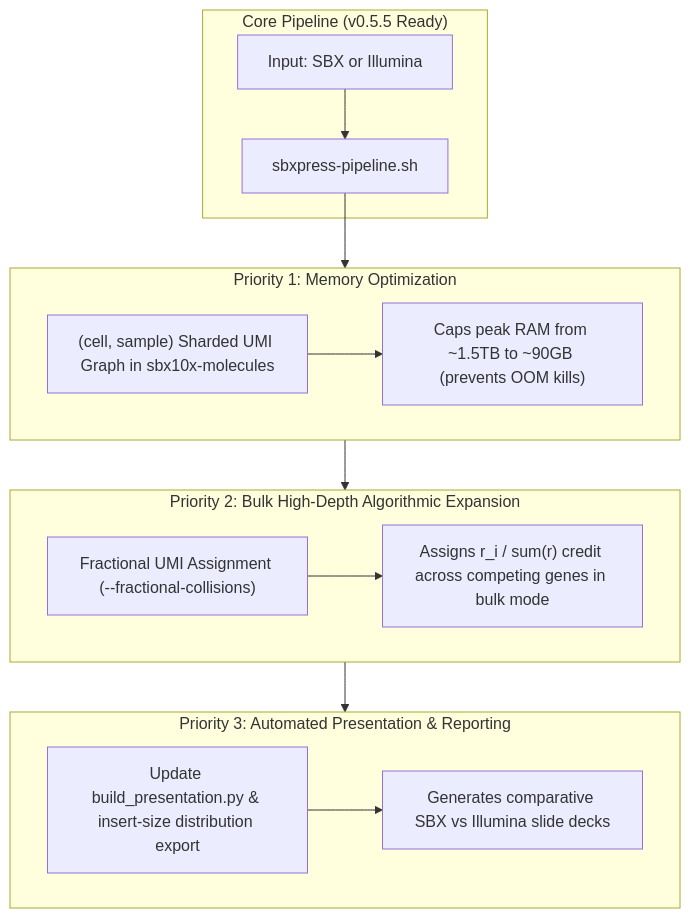
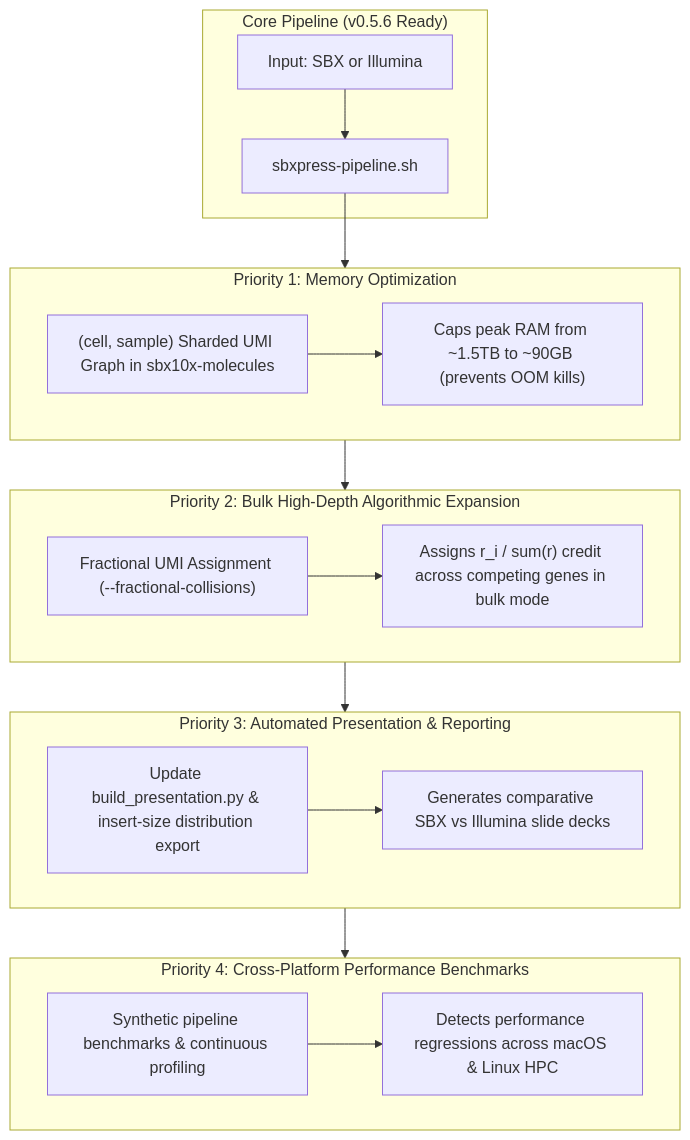
The diagram in FUTURE_ROADMAP.md (UCSF-Biochem-Center-for-Advanced-Tech/morselle), drawn with Mermaid before and after one commit. The commit also changed other lines of this file and 3 other files, not shown here.

Commit message:
docs: consolidate master roadmap and update historic plan status headers (v0.5.6)

````diff
--- a/FUTURE_ROADMAP.md
+++ b/FUTURE_ROADMAP.md
@@ -26,25 +27,31 @@
 ```mermaid
 flowchart TD
-    subgraph Core ["Core Pipeline (v0.5.5 Ready)"]
+    subgraph Core ["Core Pipeline (v0.5.6 Ready)"]
         INPUT["Input: SBX or Illumina"] --> ENGINE["sbxpress-pipeline.sh"]
     end
 
     subgraph Memory ["Priority 1: Memory Optimization"]
         M1["(cell, sample) Sharded UMI Graph in sbx10x-molecules"]
         M1 --> M1_OUT["Caps peak RAM from ~1.5TB to ~90GB (prevents OOM kills)"]
     end
 
     subgraph Algo ["Priority 2: Bulk High-Depth Algorithmic Expansion"]
         A1["Fractional UMI Assignment (--fractional-collisions)"]
         A1 --> A1_OUT["Assigns r_i / sum(r) credit across competing genes in bulk mode"]
     end
 
     subgraph Report ["Priority 3: Automated Presentation & Reporting"]
         R1["Update build_presentation.py & insert-size distribution export"]
         R1 --> R1_OUT["Generates comparative SBX vs Illumina slide decks"]
     end
 
+    subgraph Bench ["Priority 4: Cross-Platform Performance Benchmarks"]
+        B1["Synthetic pipeline benchmarks & continuous profiling"]
+        B1 --> B1_OUT["Detects performance regressions across macOS & Linux HPC"]
+    end
+
     ENGINE --> Memory
     Memory --> Algo
     Algo --> Report
+    Report --> Bench
 ```
````
